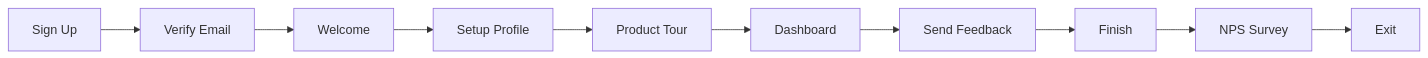
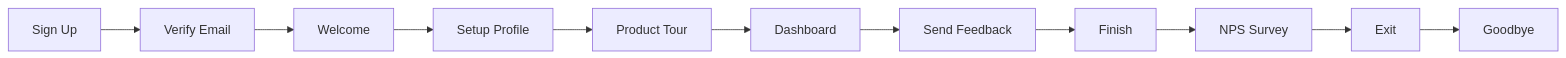
The diagram in onboarding.mmd (rubenmango/mermaid-bot-sandbox), drawn with Mermaid before and after one commit.

Commit message:
Add goodbye step (plain user edit)

```diff
--- a/onboarding.mmd
+++ b/onboarding.mmd
@@ -1,11 +1,12 @@
 flowchart LR
     A[Sign Up] --> B[Verify Email]
     B --> C[Welcome]
     C --> Profile[Setup Profile]
     Profile --> Tour[Product Tour]
     Tour --> Done[Dashboard]
     Done --> Feedback[Send Feedback]
     Feedback --> Close[Finish]
     Close --> Survey[NPS Survey]
     Survey --> Exit[Exit]
 %% Mermaid-Sync: regenerated · e453494
+    Exit --> Goodbye[Goodbye]
```
